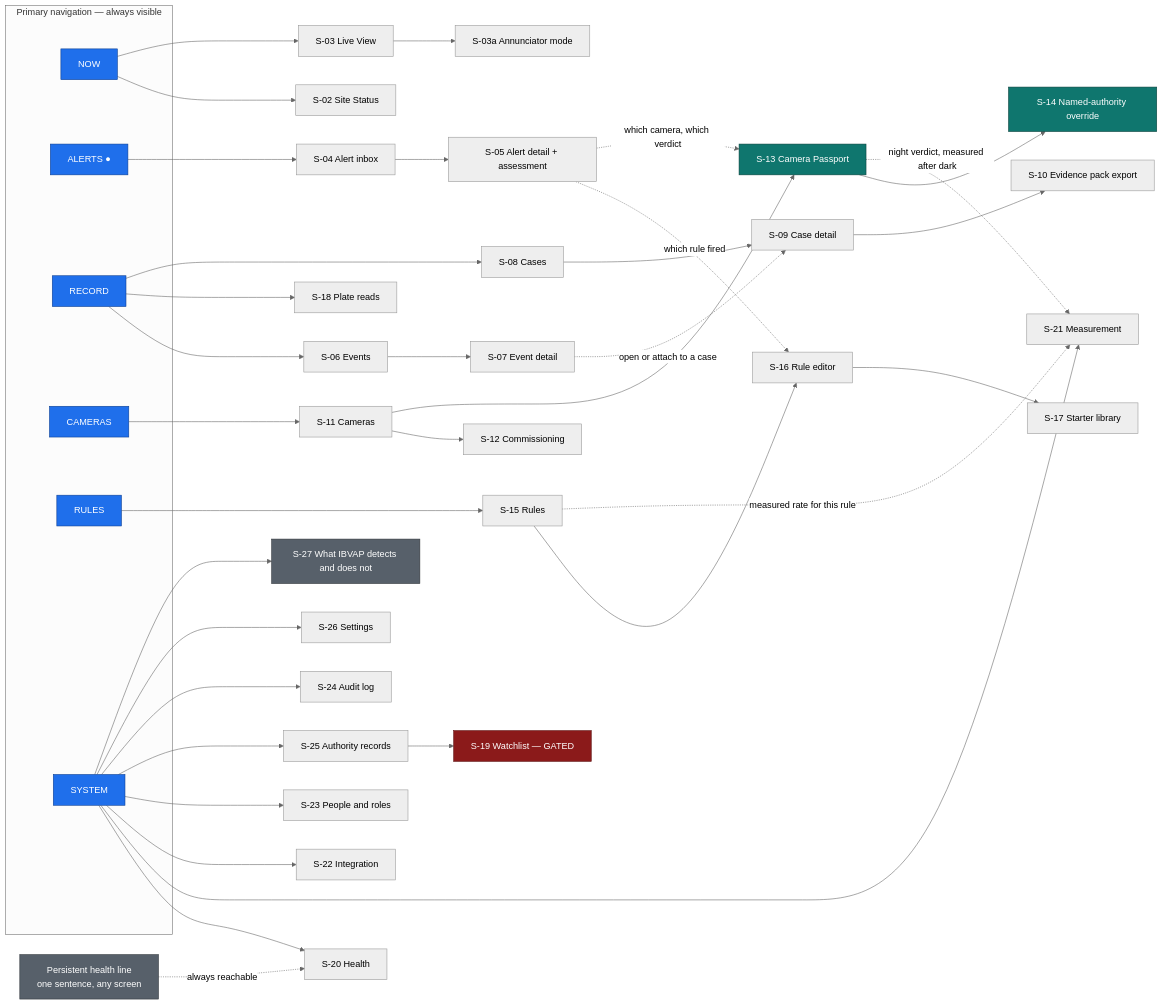
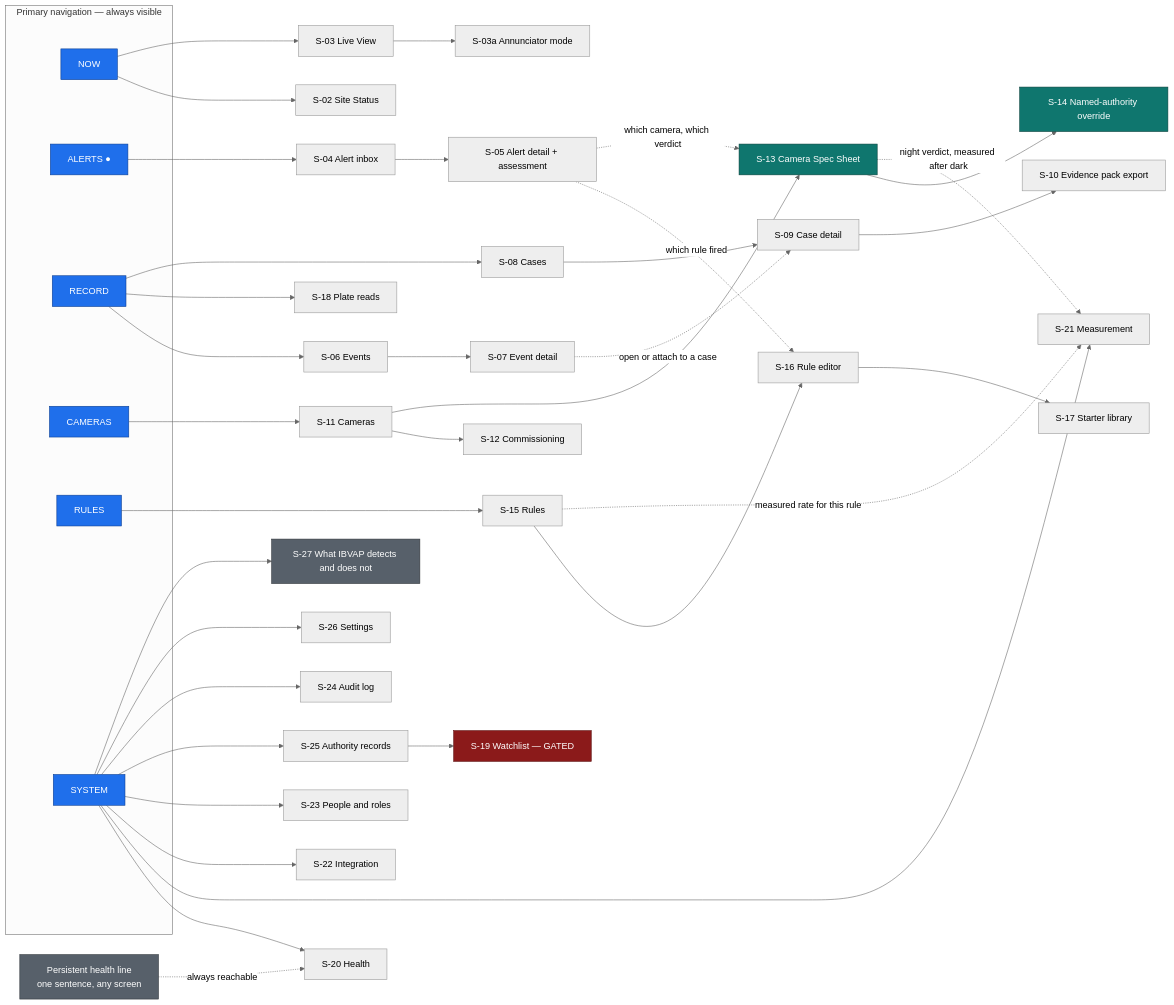
Before and after one commit to Sujatx/ibvap: the second of 5 diagrams in docs/03-design/UX.md, drawn with Mermaid (neutral theme). The commit also changed other lines of this file and 9 other files, not shown here.

````diff
--- a/docs/03-design/UX.md
+++ b/docs/03-design/UX.md
@@ -280,62 +280,62 @@
 ```mermaid
 flowchart LR
     subgraph PRIMARY["Primary navigation — always visible"]
         NOW["NOW"]
         ALERTS["ALERTS ●"]
         RECORD["RECORD"]
         CAMERAS["CAMERAS"]
         RULES["RULES"]
         SYSTEM["SYSTEM"]
     end
 
     HEALTH["Persistent health line<br/>one sentence, any screen"]
 
     NOW --> S02["S-02 Site Status"]
     NOW --> S03["S-03 Live View"]
     S03 --> S03a["S-03a Annunciator mode"]
 
     ALERTS --> S04["S-04 Alert inbox"]
     S04 --> S05["S-05 Alert detail + assessment"]
 
     RECORD --> S06["S-06 Events"]
     RECORD --> S18["S-18 Plate reads"]
     RECORD --> S08["S-08 Cases"]
     S06 --> S07["S-07 Event detail"]
     S08 --> S09["S-09 Case detail"]
     S09 --> S10["S-10 Evidence pack export"]
 
     CAMERAS --> S11["S-11 Cameras"]
     S11 --> S12["S-12 Commissioning"]
-    S11 --> S13["S-13 Camera Passport"]
+    S11 --> S13["S-13 Camera Spec Sheet"]
     S13 --> S14["S-14 Named-authority override"]
 
     RULES --> S15["S-15 Rules"]
     S15 --> S16["S-16 Rule editor"]
     S16 --> S17["S-17 Starter library"]
 
     SYSTEM --> S20["S-20 Health"]
     SYSTEM --> S21["S-21 Measurement"]
     SYSTEM --> S22["S-22 Integration"]
     SYSTEM --> S23["S-23 People and roles"]
     SYSTEM --> S25["S-25 Authority records"]
     SYSTEM --> S24["S-24 Audit log"]
     SYSTEM --> S26["S-26 Settings"]
     SYSTEM --> S27["S-27 What IBVAP detects and does not"]
     S25 --> S19["S-19 Watchlist — GATED"]
 
     S05 -. "which rule fired" .-> S16
     S05 -. "which camera, which verdict" .-> S13
     S07 -. "open or attach to a case" .-> S09
     S15 -. "measured rate for this rule" .-> S21
     S13 -. "night verdict, measured after dark" .-> S21
     HEALTH -. "always reachable" .-> S20
 
     classDef nav fill:#1f6feb,stroke:#0b3d91,color:#ffffff
     classDef gate fill:#0f766e,stroke:#08403b,color:#ffffff
     classDef gated fill:#8b1a1a,stroke:#5c0f0f,color:#ffffff
     classDef persist fill:#57606a,stroke:#2f3439,color:#ffffff
     class NOW,ALERTS,RECORD,CAMERAS,RULES,SYSTEM nav
     class S13,S14 gate
     class S19 gated
     class HEALTH,S27 persist
 ```
````
